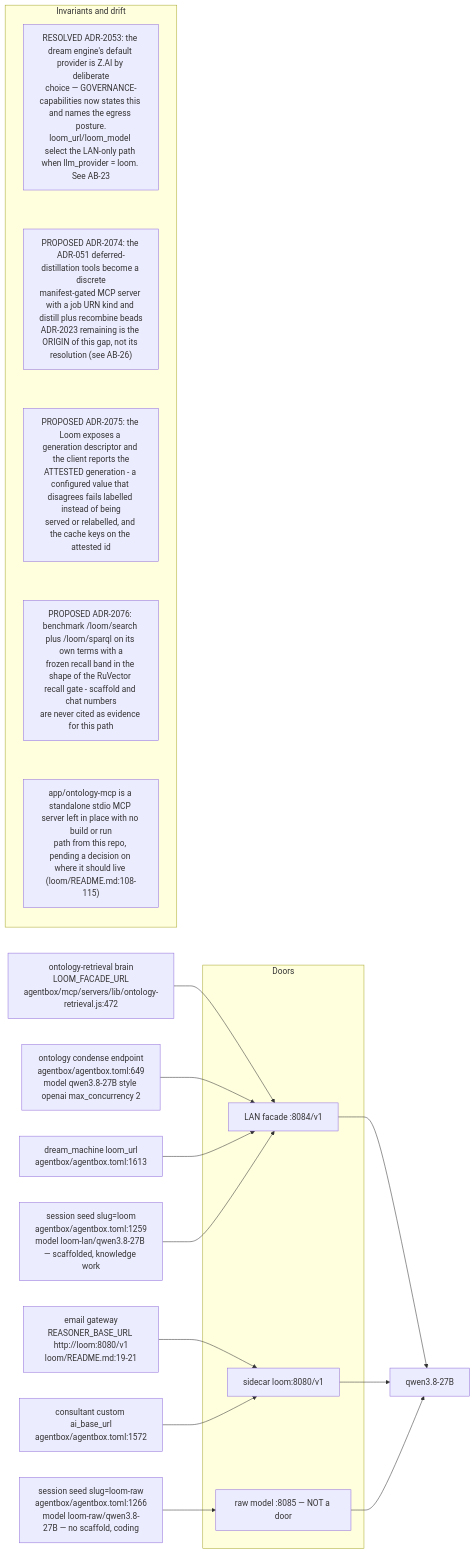
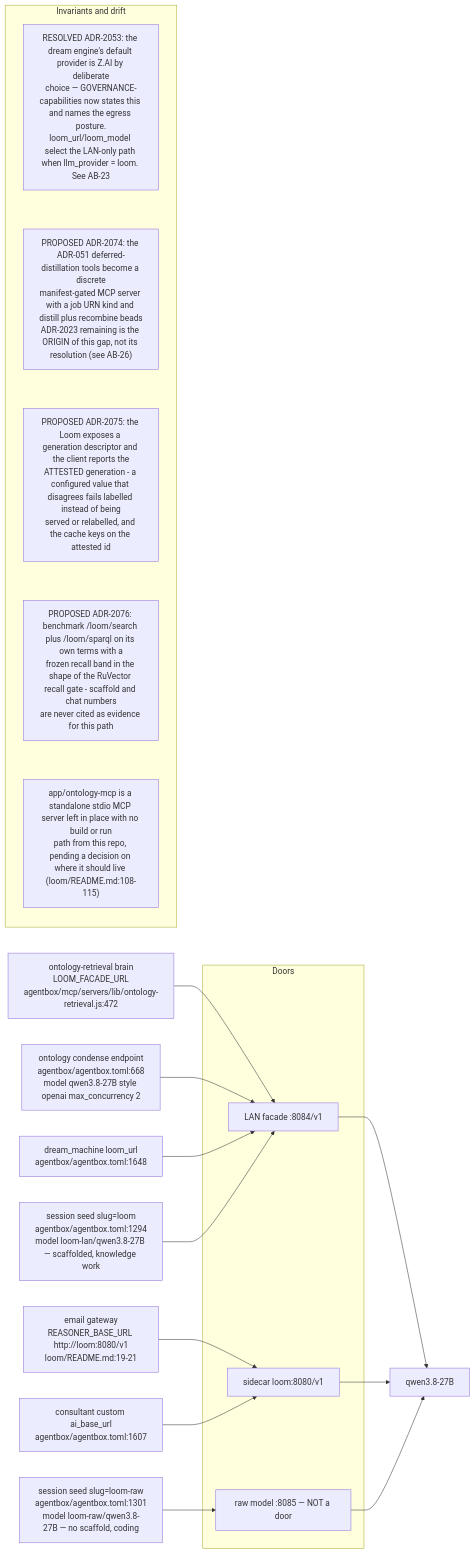
Before and after one commit to DreamLab-AI/AR-AI-Knowledge-Graph: the ninth of 9 diagrams in docs/diagrams/agentbox/24-loom-facade.md, drawn with Mermaid. The commit also changed other lines of this file and 73 other files, not shown here.

First line of the commit message:
docs(diagrams): re-verify all 71 topic files against HEAD; add --cite-check

````diff
--- a/docs/diagrams/agentbox/24-loom-facade.md
+++ b/docs/diagrams/agentbox/24-loom-facade.md
@@ -377,27 +377,27 @@
 ```mermaid
 flowchart LR
     subgraph doors["Doors"]
         D84["LAN facade :8084/v1"]
         D80["sidecar loom:8080/v1"]
         D85["raw model :8085 — NOT a door"]
     end
     RET["ontology-retrieval brain<br/>LOOM_FACADE_URL<br/>agentbox/mcp/servers/lib/ontology-retrieval.js:472"] --> D84
-    COND["ontology condense endpoint<br/>agentbox/agentbox.toml:649<br/>model qwen3.8-27B style openai max_concurrency 2"] --> D84
-    DREAM["dream_machine loom_url<br/>agentbox/agentbox.toml:1613"] --> D84
-    SEEDL["session seed slug=loom<br/>agentbox/agentbox.toml:1259<br/>model loom-lan/qwen3.8-27B — scaffolded, knowledge work"] --> D84
-    SEEDR["session seed slug=loom-raw<br/>agentbox/agentbox.toml:1266<br/>model loom-raw/qwen3.8-27B — no scaffold, coding"] --> D85
+    COND["ontology condense endpoint<br/>agentbox/agentbox.toml:668<br/>model qwen3.8-27B style openai max_concurrency 2"] --> D84
+    DREAM["dream_machine loom_url<br/>agentbox/agentbox.toml:1648"] --> D84
+    SEEDL["session seed slug=loom<br/>agentbox/agentbox.toml:1294<br/>model loom-lan/qwen3.8-27B — scaffolded, knowledge work"] --> D84
+    SEEDR["session seed slug=loom-raw<br/>agentbox/agentbox.toml:1301<br/>model loom-raw/qwen3.8-27B — no scaffold, coding"] --> D85
     EMAIL["email gateway<br/>REASONER_BASE_URL http://loom:8080/v1<br/>loom/README.md:19-21"] --> D80
-    CUST["consultant custom ai_base_url<br/>agentbox/agentbox.toml:1572"] --> D80
+    CUST["consultant custom ai_base_url<br/>agentbox/agentbox.toml:1607"] --> D80
     D84 --> M["qwen3.8-27B"]
     D80 --> M
     D85 --> M
     subgraph notes["Invariants and drift"]
         direction TB
         N1["RESOLVED ADR-2053: the dream engine's default provider is Z.AI by deliberate<br/>choice — GOVERNANCE-capabilities now states this and names the egress posture.<br/>loom_url/loom_model select the LAN-only path when llm_provider = loom. See AB-23"]
         N2["PROPOSED ADR-2074: the ADR-051 deferred-distillation tools become a discrete<br/>manifest-gated MCP server with a job URN kind and distill plus recombine beads<br/>ADR-2023 remaining is the ORIGIN of this gap, not its resolution (see AB-26)"]
         N3["PROPOSED ADR-2075: the Loom exposes a generation descriptor and the client reports the<br/>ATTESTED generation - a configured value that disagrees fails labelled instead of being<br/>served or relabelled, and the cache keys on the attested id"]
         N4["PROPOSED ADR-2076: benchmark /loom/search plus /loom/sparql on its own terms with a<br/>frozen recall band in the shape of the RuVector recall gate - scaffold and chat numbers<br/>are never cited as evidence for this path"]
         N5["app/ontology-mcp is a standalone stdio MCP server left in place with no build or run<br/>path from this repo, pending a decision on where it should live (loom/README.md:108-115)"]
         N1 ~~~ N2 ~~~ N3 ~~~ N4 ~~~ N5
     end
 ```
````
